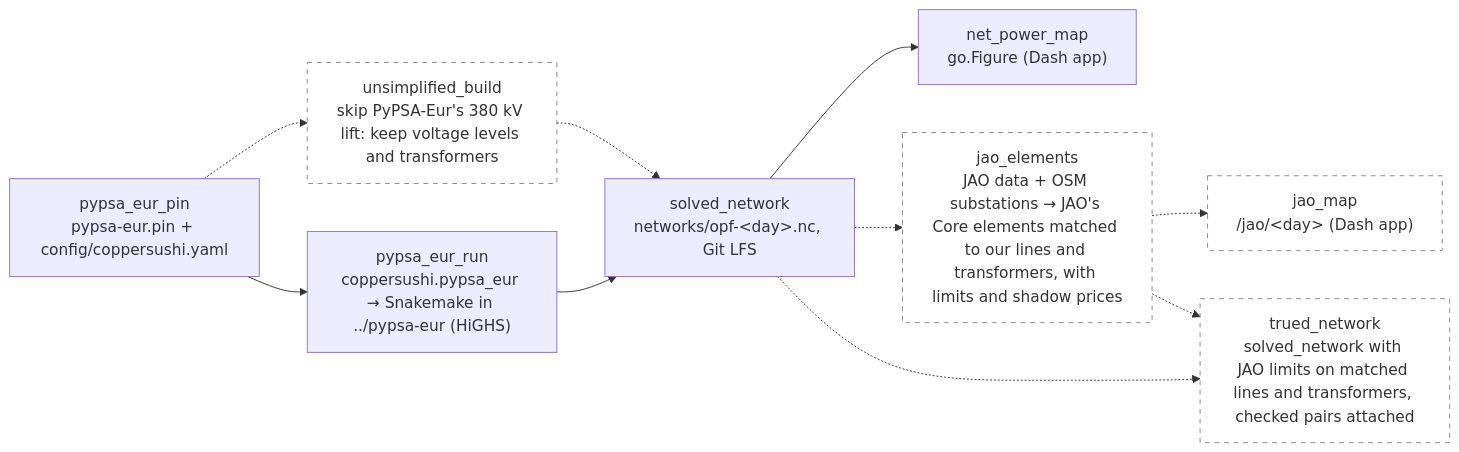
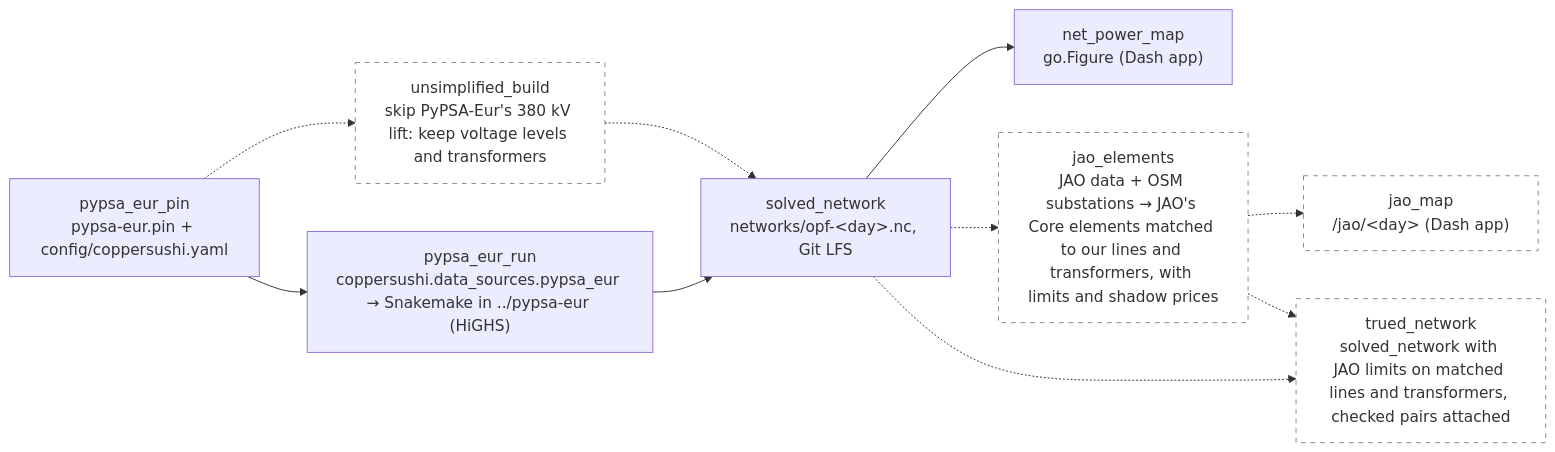
The diagram in wiki/sushi-2.md (zoltanmaric/coppersushi), drawn with Mermaid before and after one commit. The commit also changed 14 other files, not shown here.

````diff
--- a/wiki/sushi-2.md
+++ b/wiki/sushi-2.md
@@ -16,25 +16,25 @@
 ```mermaid
 flowchart LR
     classDef planned stroke-dasharray: 5 5,stroke:#888,fill:none
 
     net_power_map["net_power_map<br/>go.Figure (Dash app)"]
 
     pypsa_eur_pin["pypsa_eur_pin<br/>pypsa-eur.pin + config/coppersushi.yaml"]
-    pypsa_eur_run["pypsa_eur_run<br/>coppersushi.pypsa_eur → Snakemake in ../pypsa-eur (HiGHS)"]
+    pypsa_eur_run["pypsa_eur_run<br/>coppersushi.data_sources.pypsa_eur → Snakemake in ../pypsa-eur (HiGHS)"]
     solved_network["solved_network<br/>networks/opf-&lt;day&gt;.nc, Git LFS"]
 
     unsimplified["unsimplified_build<br/>skip PyPSA-Eur's 380 kV lift: keep voltage levels and transformers"]:::planned
     jao_elements["jao_elements<br/>JAO data + OSM substations → JAO's Core elements matched to our lines and transformers, with limits and shadow prices"]:::planned
     jao_map["jao_map<br/>/jao/&lt;day&gt; (Dash app)"]:::planned
     trued_network["trued_network<br/>solved_network with JAO limits on matched lines and transformers, checked pairs attached"]:::planned
 
     pypsa_eur_pin --> pypsa_eur_run
     pypsa_eur_pin -.-> unsimplified
     unsimplified -.-> solved_network
     pypsa_eur_run --> solved_network
     solved_network --> net_power_map
     solved_network -.-> jao_elements
     jao_elements -.-> jao_map
     jao_elements -.-> trued_network
     solved_network -.-> trued_network
 ```
````
